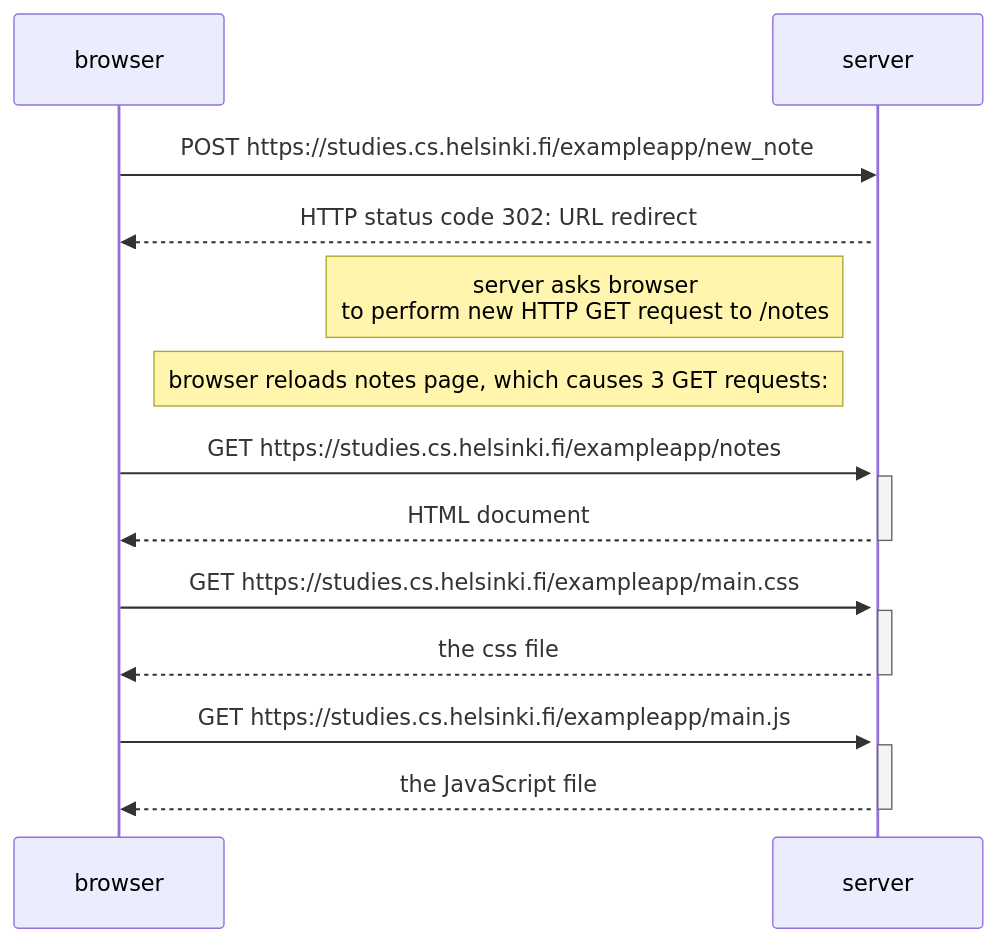
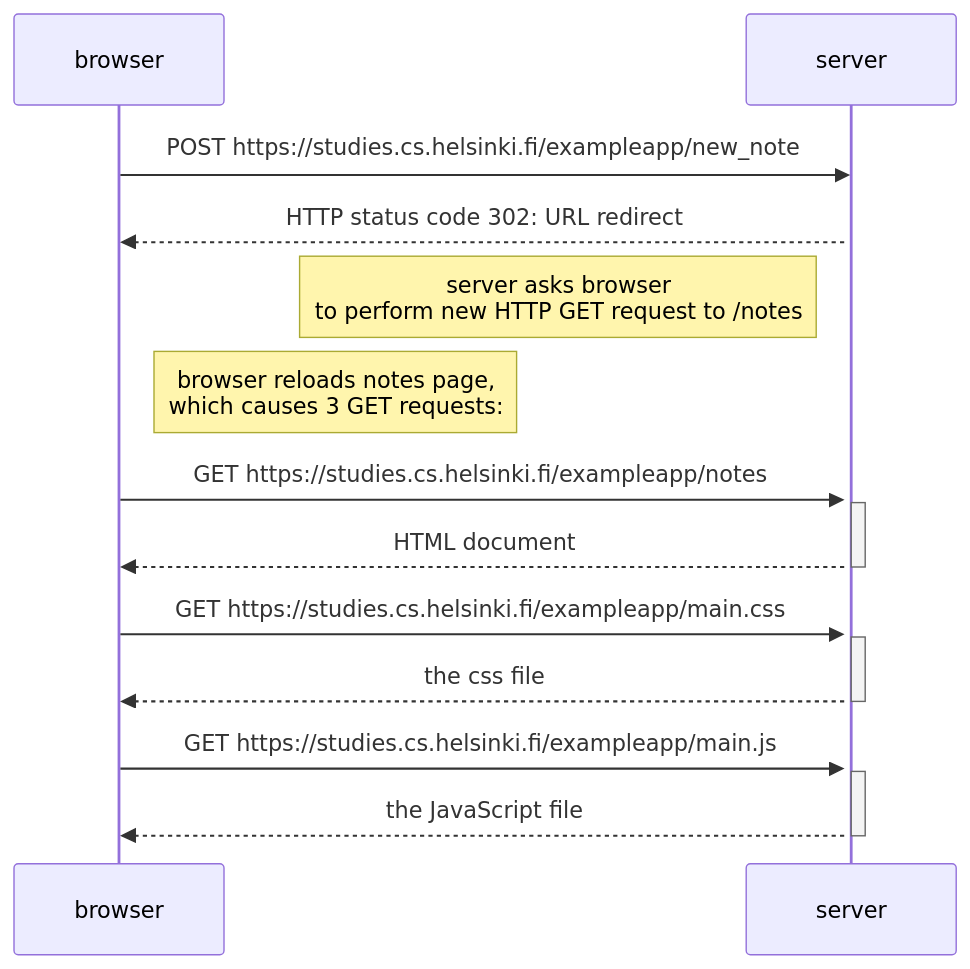
One commit to valli259/Fullstack-exercises changed the diagram in part0/exercise0-4.md. Above: the diagram before and after it, drawn with Mermaid.

````diff
--- a/part0/exercise0-4.md
+++ b/part0/exercise0-4.md
@@ -1,25 +1,25 @@
 ```mermaid
   sequenceDiagram
     participant browser
     participant server
     browser->>server: POST https://studies.cs.helsinki.fi/exampleapp/new_note
 activate server
 server-->>browser: HTTP status code 302: URL redirect
 Note left of server: server asks browser <br> to perform new HTTP GET request to /notes
-Note right of browser: browser reloads notes page, which causes 3 GET requests:
+Note right of browser: browser reloads notes page,<br> which causes 3 GET requests:
 
  browser->>server: GET https://studies.cs.helsinki.fi/exampleapp/notes
     activate server
     server-->>browser: HTML document
     deactivate server
 
     browser->>server: GET https://studies.cs.helsinki.fi/exampleapp/main.css
     activate server
     server-->>browser: the css file
     deactivate server
 
     browser->>server: GET https://studies.cs.helsinki.fi/exampleapp/main.js
     activate server
     server-->>browser: the JavaScript file
     deactivate server
 ```
````
